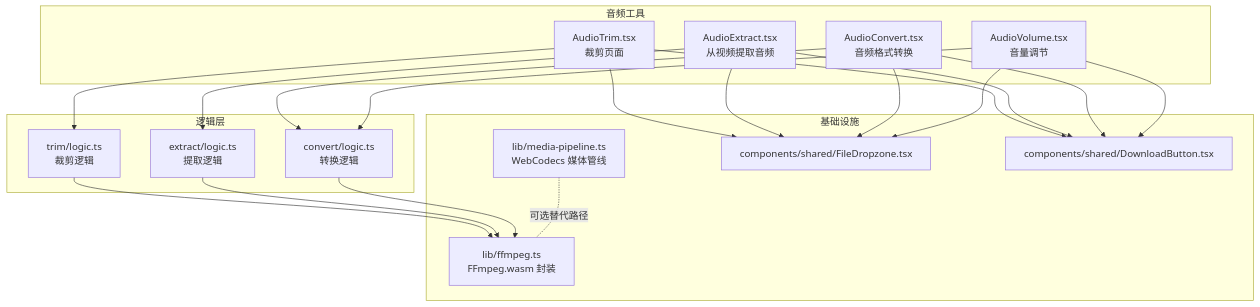
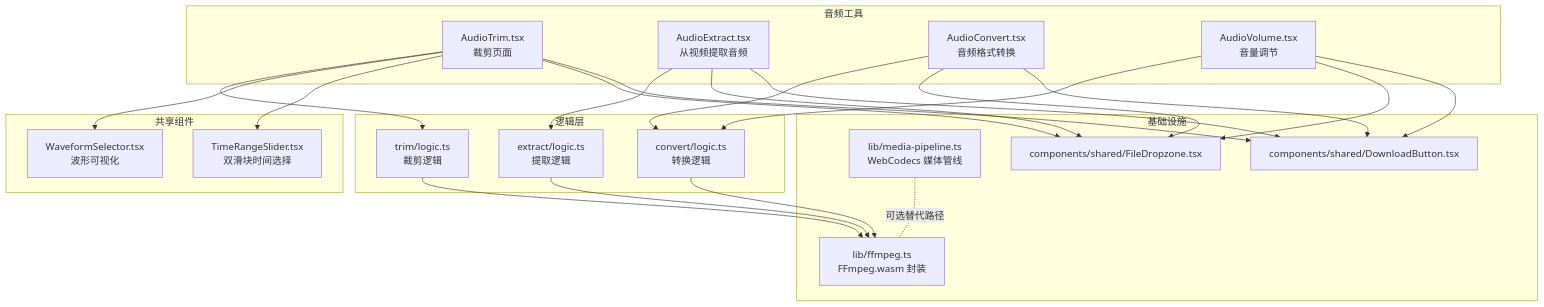
One commit to sgyy/privadeck changed the first of 3 diagrams in .qoder/repowiki/zh/content/音频工具/音频剪辑.md. Above: the diagram before and after it, drawn with Mermaid. The commit also changed other lines of this file and 2 other files, not shown here.

````diff
--- a/.qoder/repowiki/zh/content/音频工具/音频剪辑.md
+++ b/.qoder/repowiki/zh/content/音频工具/音频剪辑.md
@@ -48,36 +55,42 @@
 ```mermaid
 graph TB
 subgraph "音频工具"
 Trim["AudioTrim.tsx<br/>裁剪页面"]
 Extract["AudioExtract.tsx<br/>从视频提取音频"]
 Convert["AudioConvert.tsx<br/>音频格式转换"]
 Volume["AudioVolume.tsx<br/>音量调节"]
+end
+subgraph "共享组件"
+Waveform["WaveformSelector.tsx<br/>波形可视化"]
+TimeSlider["TimeRangeSlider.tsx<br/>双滑块时间选择"]
 end
 subgraph "逻辑层"
 TrimLogic["trim/logic.ts<br/>裁剪逻辑"]
 ExtractLogic["extract/logic.ts<br/>提取逻辑"]
 ConvertLogic["convert/logic.ts<br/>转换逻辑"]
 end
 subgraph "基础设施"
 FFmpeg["lib/ffmpeg.ts<br/>FFmpeg.wasm 封装"]
 MediaPipe["lib/media-pipeline.ts<br/>WebCodecs 媒体管线"]
 Drop["components/shared/FileDropzone.tsx"]
 DL["components/shared/DownloadButton.tsx"]
 end
 Trim --> TrimLogic
+Trim --> Waveform
+Trim --> TimeSlider
 Extract --> ExtractLogic
 Convert --> ConvertLogic
 Volume --> ConvertLogic
 TrimLogic --> FFmpeg
 ExtractLogic --> FFmpeg
 ConvertLogic --> FFmpeg
 Trim --> Drop
 Trim --> DL
 Extract --> Drop
 Extract --> DL
 Convert --> Drop
 Convert --> DL
 Volume --> Drop
 Volume --> DL
 MediaPipe -. 可选替代路径 .- FFmpeg
 ```
````
